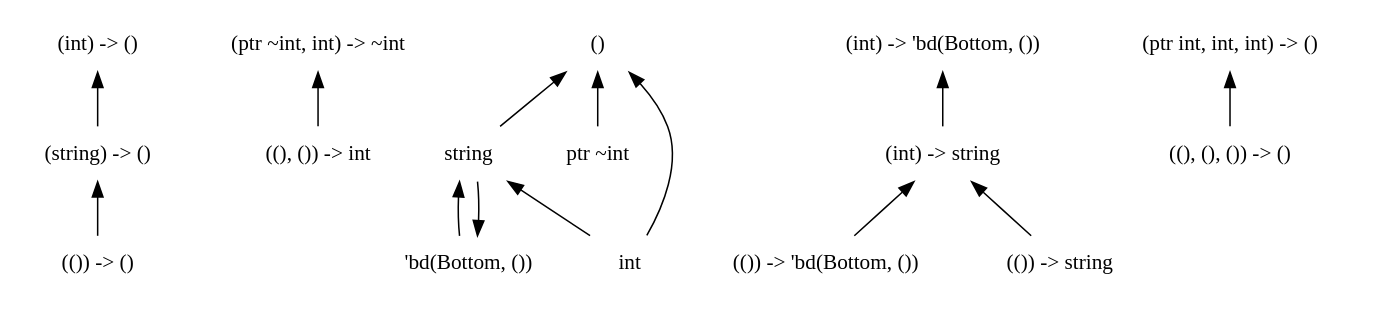
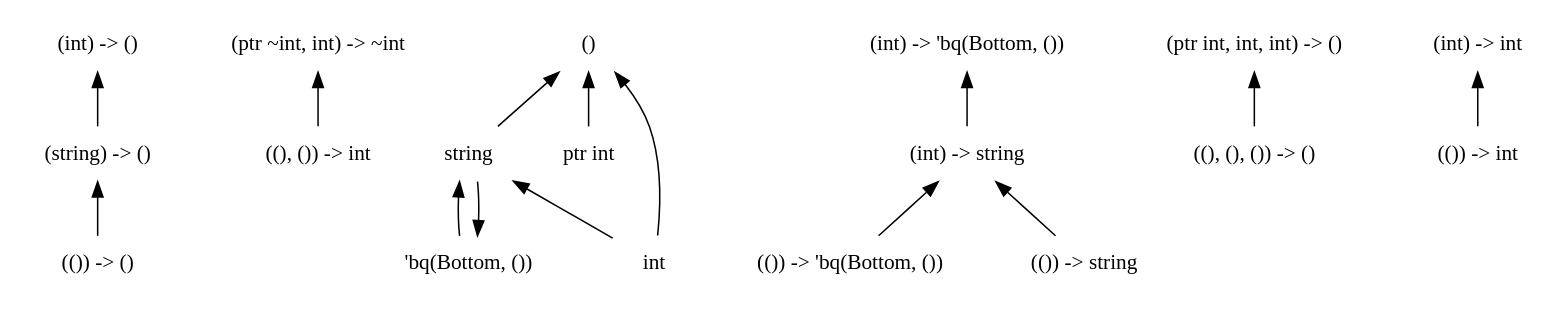
The diagram in dots/0.dot (chocobo333/regino), drawn with Graphviz before and after one commit. The commit also changed 28 other files, not shown here.

```diff
--- a/dots/0.dot
+++ b/dots/0.dot
@@ -1,40 +1,43 @@
 digraph order {
   graph [
     size = "30,10"
     ];
   node [
     shape = none
     ];
   edge [
     dir = back
     ];
   "(string) -> ()"
   "(()) -> ()"
   "(ptr ~int, int) -> ~int"
   "string"
-  "(()) -> 'bd(Bottom, ())"
+  "(()) -> 'bq(Bottom, ())"
+  "'bq(Bottom, ())"
+  "(int) -> 'bq(Bottom, ())"
   "(ptr int, int, int) -> ()"
   "((), ()) -> int"
+  "(int) -> int"
   "()"
-  "ptr ~int"
+  "ptr int"
   "((), (), ()) -> ()"
   "(()) -> string"
   "(int) -> ()"
   "(int) -> string"
-  "(int) -> 'bd(Bottom, ())"
-  "'bd(Bottom, ())"
+  "(()) -> int"
   "int"
   "(string) -> ()" -> "(()) -> ()"
   "(ptr ~int, int) -> ~int" -> "((), ()) -> int"
-  "string" -> "'bd(Bottom, ())"
+  "string" -> "'bq(Bottom, ())"
   "string" -> "int"
-  "(int) -> ()" -> "(string) -> ()"
-  "(int) -> string" -> "(()) -> string"
-  "(int) -> string" -> "(()) -> 'bd(Bottom, ())"
-  "(int) -> 'bd(Bottom, ())" -> "(int) -> string"
-  "'bd(Bottom, ())" -> "string"
+  "'bq(Bottom, ())" -> "string"
+  "(int) -> 'bq(Bottom, ())" -> "(int) -> string"
   "(ptr int, int, int) -> ()" -> "((), (), ()) -> ()"
+  "(int) -> int" -> "(()) -> int"
   "()" -> "string"
   "()" -> "int"
-  "()" -> "ptr ~int"
+  "()" -> "ptr int"
+  "(int) -> ()" -> "(string) -> ()"
+  "(int) -> string" -> "(()) -> 'bq(Bottom, ())"
+  "(int) -> string" -> "(()) -> string"
 }
```
